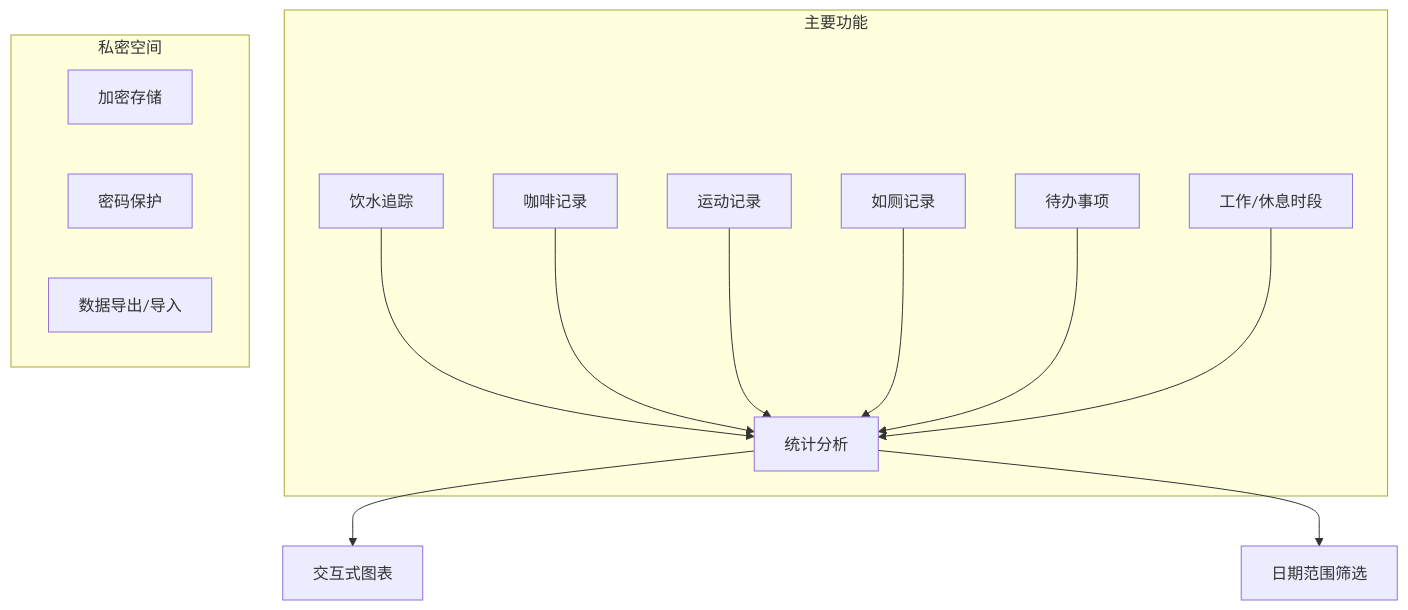
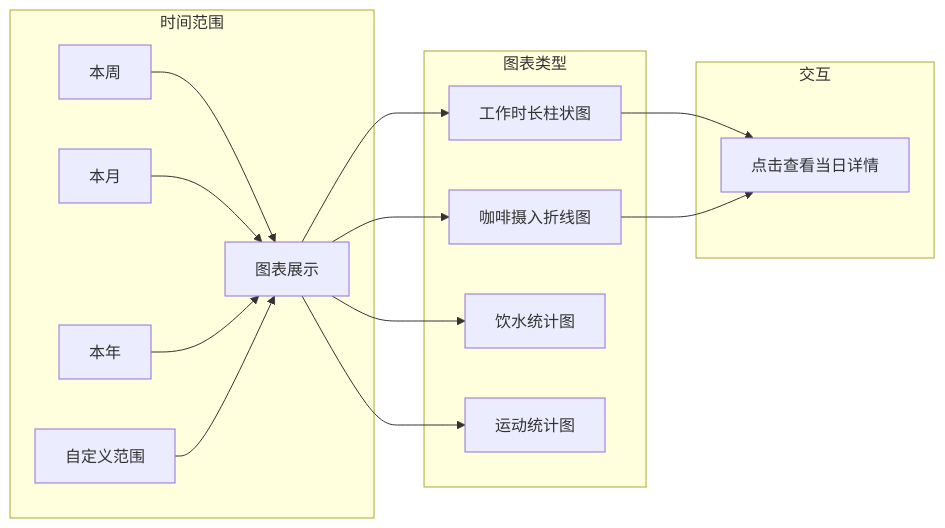
The third of 9 diagrams in README.md (Echo253/Graduate-self-management-records), drawn with Mermaid before and after one commit. The commit also changed other lines of this file, not shown here.

Commit message:
docs: 完善 README 文档，添加详细功能说明和图表

````diff
--- a/README.md
+++ b/README.md
@@ -9,20 +100,21 @@
 ```mermaid
-graph TB
-    subgraph "主要功能"
-        A[饮水追踪] --> D[统计分析]
-        B[咖啡记录] --> D
-        C[运动记录] --> D
-        E[如厕记录] --> D
-        F[待办事项] --> D
-        G[工作/休息时段] --> D
+graph LR
+    subgraph "时间范围"
+        A[本周] --> D[图表展示]
+        B[本月] --> D
+        C[本年] --> D
+        E[自定义范围] --> D
     end
 
-    subgraph "私密空间"
-        H[加密存储]
-        I[密码保护]
-        J[数据导出/导入]
+    subgraph "图表类型"
+        D --> F[工作时长柱状图]
+        D --> G[咖啡摄入折线图]
+        D --> H[饮水统计图]
+        D --> I[运动统计图]
     end
 
-    D --> K[交互式图表]
-    D --> L[日期范围筛选]
+    subgraph "交互"
+        F --> J[点击查看当日详情]
+        G --> J
+    end
 ```
````
